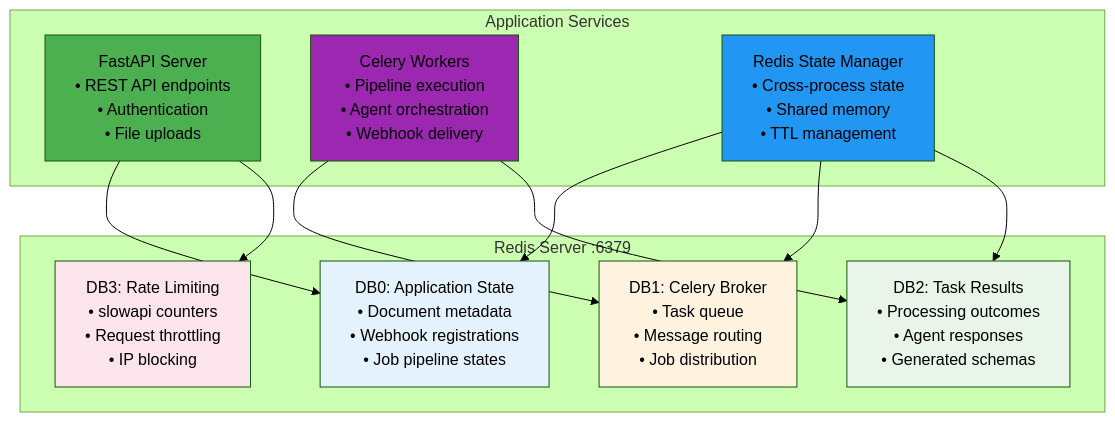
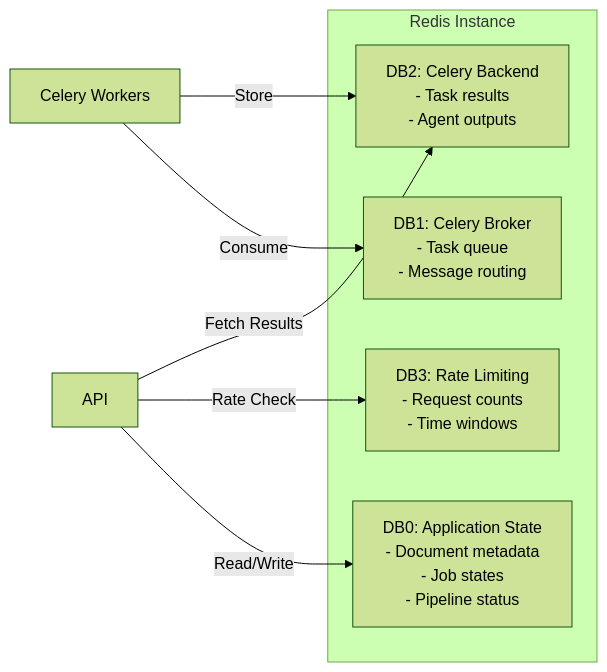
Before and after one commit to Tony363/document-ingestion-agent: the third of 3 diagrams in README.md, drawn with Mermaid (forest theme). The commit also changed other lines of this file and 1 other file, not shown here.

````diff
--- a/README.md
+++ b/README.md
@@ -150,31 +130,15 @@
 ```mermaid
-graph TB
-    subgraph RedisInstance ["Redis Server :6379"]
-        DB0[DB0: Application State<br/>• Document metadata<br/>• Webhook registrations<br/>• Job pipeline states]
-        DB1[DB1: Celery Broker<br/>• Task queue<br/>• Message routing<br/>• Job distribution]
-        DB2[DB2: Task Results<br/>• Processing outcomes<br/>• Agent responses<br/>• Generated schemas]
-        DB3[DB3: Rate Limiting<br/>• slowapi counters<br/>• Request throttling<br/>• IP blocking]
+graph LR
+    subgraph "Redis Instance"
+        DB0[DB0: Application State<br/>- Document metadata<br/>- Job states<br/>- Pipeline status]
+        DB1[DB1: Celery Broker<br/>- Task queue<br/>- Message routing]
+        DB2[DB2: Celery Backend<br/>- Task results<br/>- Agent outputs]
+        DB3[DB3: Rate Limiting<br/>- Request counts<br/>- Time windows]
     end
-    
-    subgraph Applications ["Application Services"]
-        FastAPI[FastAPI Server<br/>• REST API endpoints<br/>• Authentication<br/>• File uploads]
-        CeleryWorker[Celery Workers<br/>• Pipeline execution<br/>• Agent orchestration<br/>• Webhook delivery]
-        StateManager[Redis State Manager<br/>• Cross-process state<br/>• Shared memory<br/>• TTL management]
-    end
-    
-    FastAPI --> DB0
-    FastAPI --> DB3
-    CeleryWorker --> DB1
-    CeleryWorker --> DB2
-    StateManager --> DB0
-    StateManager --> DB1
-    StateManager --> DB2
-    
-    style DB0 fill:#E3F2FD
-    style DB1 fill:#FFF3E0
-    style DB2 fill:#E8F5E8
-    style DB3 fill:#FCE4EC
-    style FastAPI fill:#4CAF50
-    style CeleryWorker fill:#9C27B0
-    style StateManager fill:#2196F3
+
+    API -->|Read/Write| DB0
+    API -->|Rate Check| DB3
+    CW[Celery Workers] -->|Consume| DB1
+    CW -->|Store| DB2
+    API -->|Fetch Results| DB2
 ```
````
